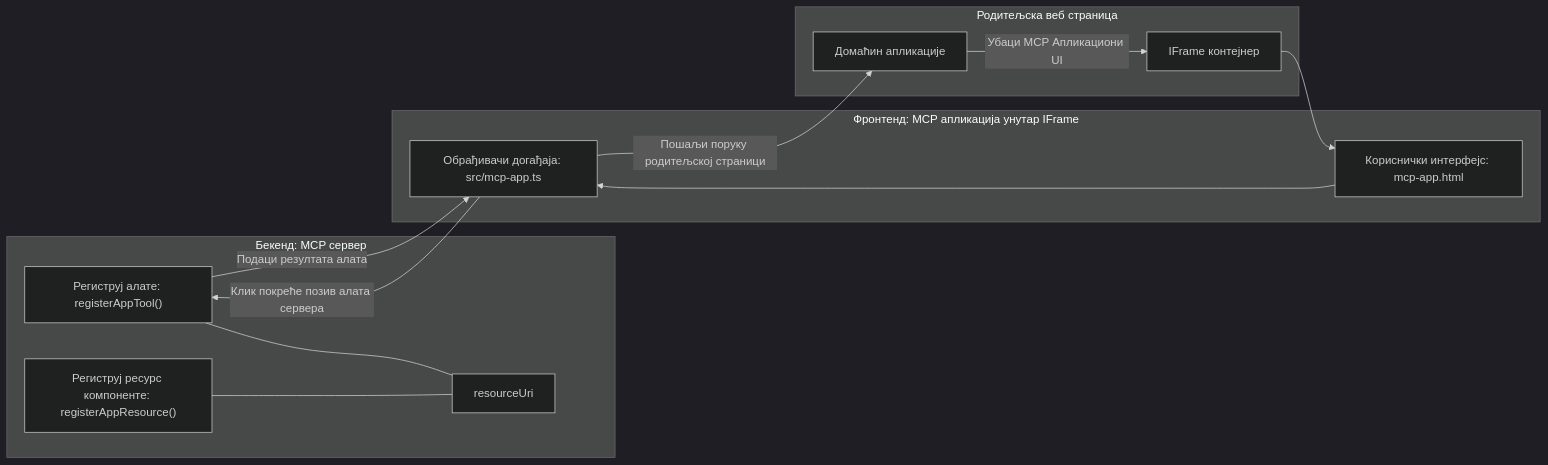
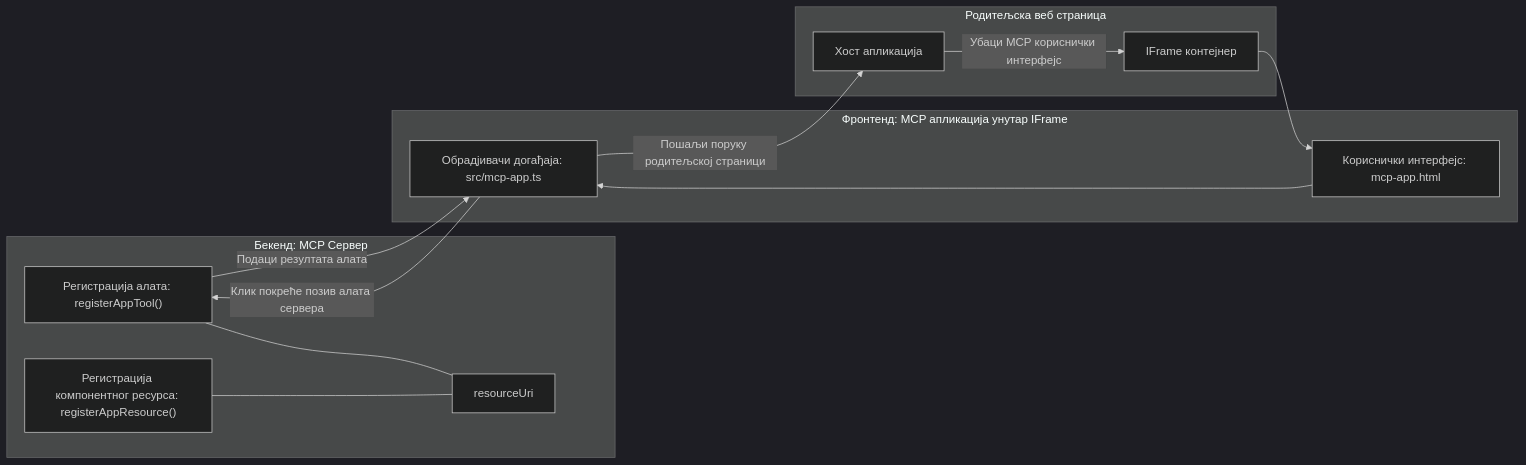
Before and after one commit to HIDORAKAI002/ai-workspace-archive: the diagram in mcp_ecosystem__model_context_protocol/mcp_learning_resources/mcp-for-beginners/translations/sr/03-GettingStarted/15-mcp-apps/README.md, drawn with Mermaid (dark theme). The commit also changed other lines of this file and 1160 other files, not shown here.

````diff
--- a/mcp_ecosystem__model_context_protocol/mcp_learning_resources/mcp-for-beginners/translations/sr/03-GettingStarted/15-mcp-apps/README.md
+++ b/mcp_ecosystem__model_context_protocol/mcp_learning_resources/mcp-for-beginners/translations/sr/03-GettingStarted/15-mcp-apps/README.md
@@ -32,27 +32,27 @@
 ```mermaid
 flowchart LR
-  subgraph Backend[Бекенд: MCP сервер]
-    T["Региструј алате: registerAppTool()"]
-    C["Региструј ресурс компоненте: registerAppResource()"]
+  subgraph Backend[Бекенд: MCP Сервер]
+    T["Регистрaција алата: registerAppTool()"]
+    C["Регистрaција компонентног ресурса: registerAppResource()"]
     U[resourceUri]
     T --- U
     C --- U
   end
 
   subgraph Parent[Родитељска веб страница]
-    H[Домаћин апликације]
+    H[Хост апликација]
     IFRAME[IFrame контејнер]
-    H -->|Убаци MCP Апликациони UI| IFRAME
+    H -->|Убаци MCP кориснички интерфејс| IFRAME
   end
 
   subgraph Frontend[Фронтенд: MCP апликација унутар IFrame]
     UI["Кориснички интерфејс: mcp-app.html"]
-    EH["Обрађивачи догађаја: src/mcp-app.ts"]
+    EH["Обрадјивачи догађаја: src/mcp-app.ts"]
     UI --> EH
   end
 
   IFRAME --> UI
   EH -->|Клик покреће позив алата сервера| T
   T -->|Подаци резултата алата| EH
   EH -->|Пошаљи поруку родитељској страници| H
 ```
````
